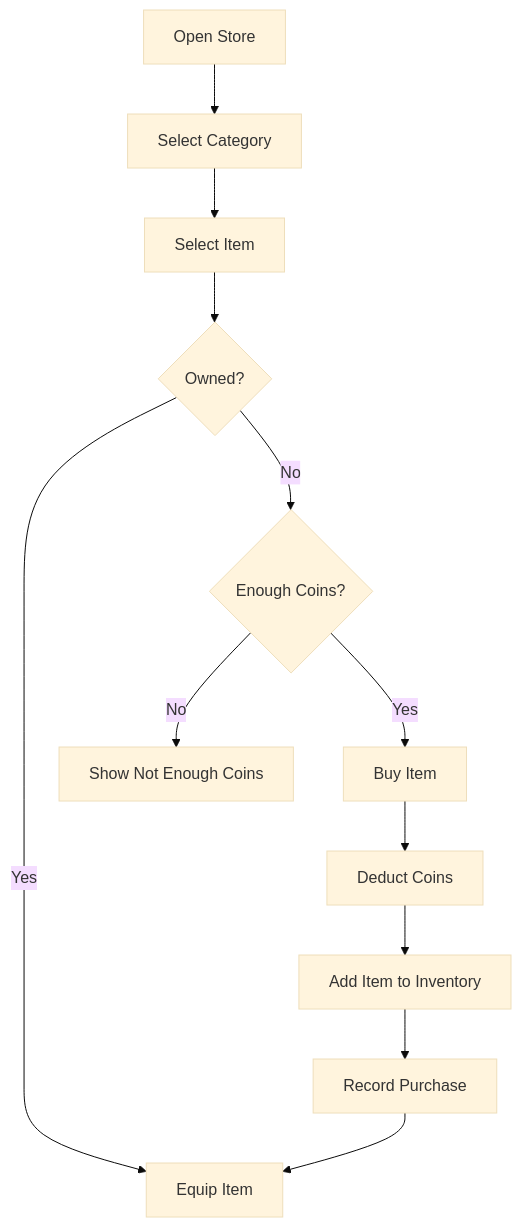
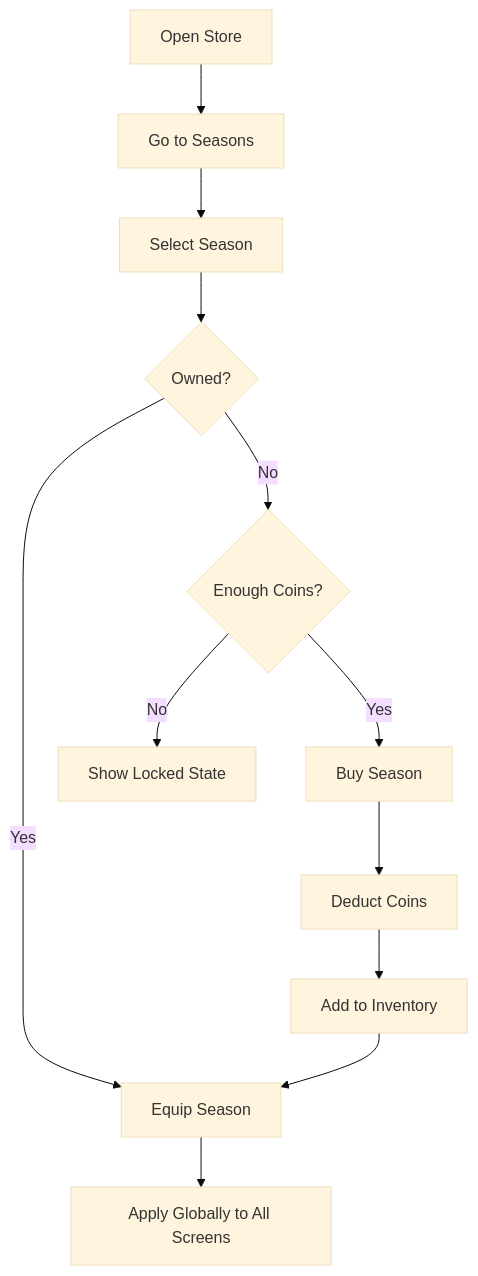
The eighth of 14 diagrams in README.md (bipulkumar62/FocusSaga-XP), drawn with Mermaid (base theme) before and after one commit. The commit also changed other lines of this file, not shown here.

````diff
--- a/README.md
+++ b/README.md
@@ -194,14 +305,14 @@
 ```mermaid
 flowchart TD
-    A[Open Store] --> B[Select Category]
-    B --> C[Select Item]
+    A[Open Store] --> B[Go to Seasons]
+    B --> C[Select Season]
     C --> D{Owned?}
-    D -- Yes --> E[Equip Item]
+    D -- Yes --> E[Equip Season]
     D -- No --> F{Enough Coins?}
-    F -- No --> G[Show Not Enough Coins]
-    F -- Yes --> H[Buy Item]
+    F -- No --> G[Show Locked State]
+    F -- Yes --> H[Buy Season]
     H --> I[Deduct Coins]
-    I --> J[Add Item to Inventory]
-    J --> K[Record Purchase]
-    K --> E
+    I --> J[Add to Inventory]
+    J --> E
+    E --> K[Apply Globally to All Screens]
 ```
````
